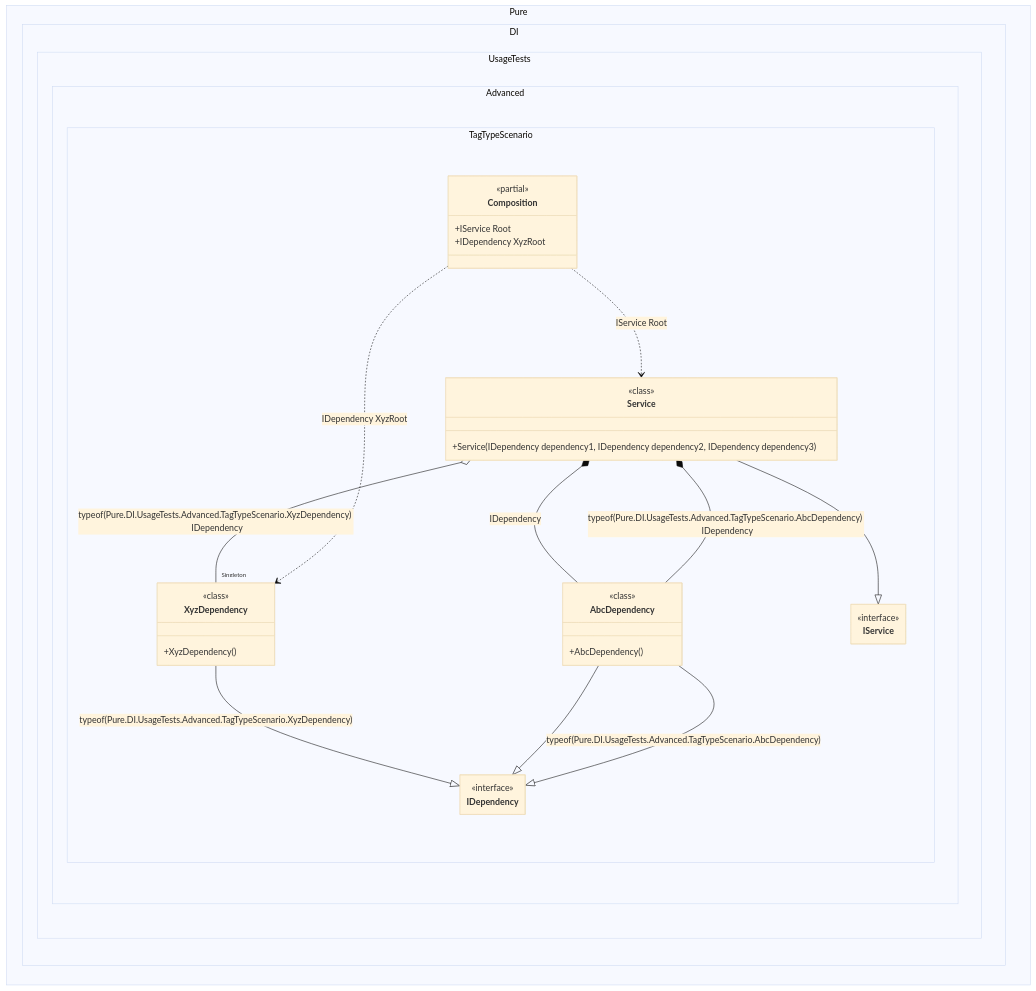
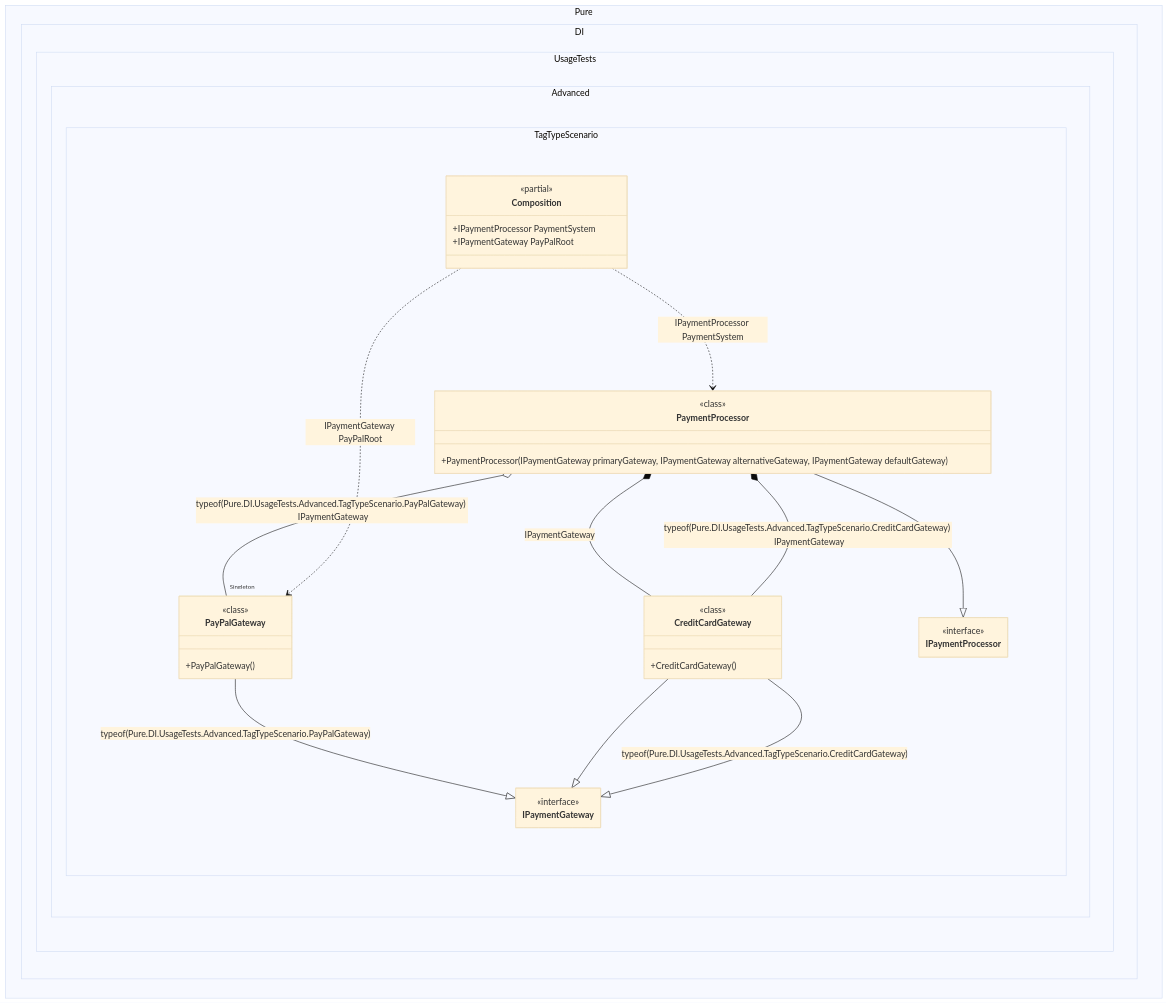
One commit to DevTeam/Pure.DI changed the diagram in readme/tag-type.md. Above: the diagram before and after it, drawn with Mermaid (base theme). The commit also changed other lines of this file and 126 other files, not shown here.

````diff
--- a/readme/tag-type.md
+++ b/readme/tag-type.md
@@ -163,44 +163,44 @@
 ```mermaid
 ---
  config:
   maxTextSize: 2147483647
   maxEdges: 2147483647
   class:
    hideEmptyMembersBox: true
 ---
 classDiagram
-	AbcDependency --|> IDependency : typeof(Pure.DI.UsageTests.Advanced.TagTypeScenario.AbcDependency) 
-	AbcDependency --|> IDependency
-	XyzDependency --|> IDependency : typeof(Pure.DI.UsageTests.Advanced.TagTypeScenario.XyzDependency) 
-	Service --|> IService
-	Composition ..> XyzDependency : IDependency XyzRoot
-	Composition ..> Service : IService Root
-	Service *--  AbcDependency : typeof(Pure.DI.UsageTests.Advanced.TagTypeScenario.AbcDependency)  IDependency
-	Service *--  AbcDependency : IDependency
-	Service o-- "Singleton" XyzDependency : typeof(Pure.DI.UsageTests.Advanced.TagTypeScenario.XyzDependency)  IDependency
+	CreditCardGateway --|> IPaymentGateway : typeof(Pure.DI.UsageTests.Advanced.TagTypeScenario.CreditCardGateway) 
+	CreditCardGateway --|> IPaymentGateway
+	PayPalGateway --|> IPaymentGateway : typeof(Pure.DI.UsageTests.Advanced.TagTypeScenario.PayPalGateway) 
+	PaymentProcessor --|> IPaymentProcessor
+	Composition ..> PayPalGateway : IPaymentGateway PayPalRoot
+	Composition ..> PaymentProcessor : IPaymentProcessor PaymentSystem
+	PaymentProcessor *--  CreditCardGateway : typeof(Pure.DI.UsageTests.Advanced.TagTypeScenario.CreditCardGateway)  IPaymentGateway
+	PaymentProcessor *--  CreditCardGateway : IPaymentGateway
+	PaymentProcessor o-- "Singleton" PayPalGateway : typeof(Pure.DI.UsageTests.Advanced.TagTypeScenario.PayPalGateway)  IPaymentGateway
 	namespace Pure.DI.UsageTests.Advanced.TagTypeScenario {
-		class AbcDependency {
-				<<class>>
-			+AbcDependency()
-		}
 		class Composition {
 		<<partial>>
-		+IService Root
-		+IDependency XyzRoot
+		+IPaymentProcessor PaymentSystem
+		+IPaymentGateway PayPalRoot
 		}
-		class IDependency {
+		class CreditCardGateway {
+				<<class>>
+			+CreditCardGateway()
+		}
+		class IPaymentGateway {
 			<<interface>>
 		}
-		class IService {
+		class IPaymentProcessor {
 			<<interface>>
 		}
-		class Service {
+		class PaymentProcessor {
 				<<class>>
-			+Service(IDependency dependency1, IDependency dependency2, IDependency dependency3)
+			+PaymentProcessor(IPaymentGateway primaryGateway, IPaymentGateway alternativeGateway, IPaymentGateway defaultGateway)
 		}
-		class XyzDependency {
+		class PayPalGateway {
 				<<class>>
-			+XyzDependency()
+			+PayPalGateway()
 		}
 	}
 ```
````
